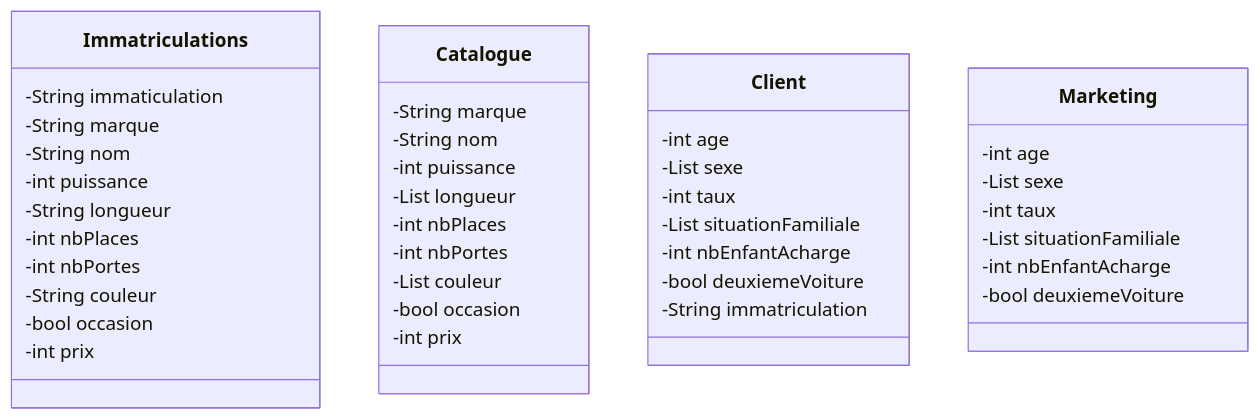
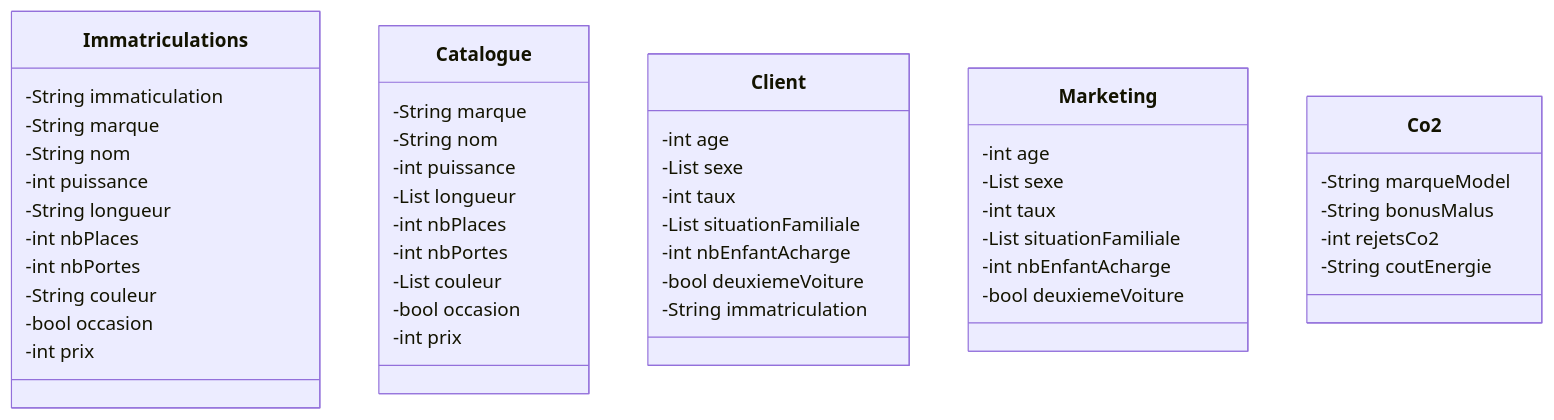
The diagram in Writerside/topics/Architecture-du-datalake.md (Thodler/docker-hadoop-spark), drawn with Mermaid before and after one commit. The commit also changed 7 other files, not shown here.

````diff
--- a/Writerside/topics/Architecture-du-datalake.md
+++ b/Writerside/topics/Architecture-du-datalake.md
@@ -9,48 +9,53 @@
 ```mermaid
 classDiagram  
     class Immatriculations{
         -String immaticulation
         -String marque
         -String nom
         -int puissance
         -String longueur
         -int nbPlaces
         -int nbPortes
         -String couleur
         -bool occasion
         -int prix
     }
     
     class Catalogue{
         -String marque
         -String nom
         -int puissance
         -List longueur
         -int nbPlaces
         -int nbPortes
         -List couleur
         -bool occasion
         -int prix
     }
     
     class Client{
         -int age
         -List sexe
         -int taux
         -List situationFamiliale
         -int nbEnfantAcharge
         -bool deuxiemeVoiture
         -String immatriculation
     }
     
     class Marketing{
         -int age
         -List sexe
         -int taux
         -List situationFamiliale
         -int nbEnfantAcharge
         -bool deuxiemeVoiture
     }
     
-    
+    class Co2{
+        -String marqueModel
+        -String bonusMalus
+        -int rejetsCo2
+        -String coutEnergie
+    }
 ```
````
